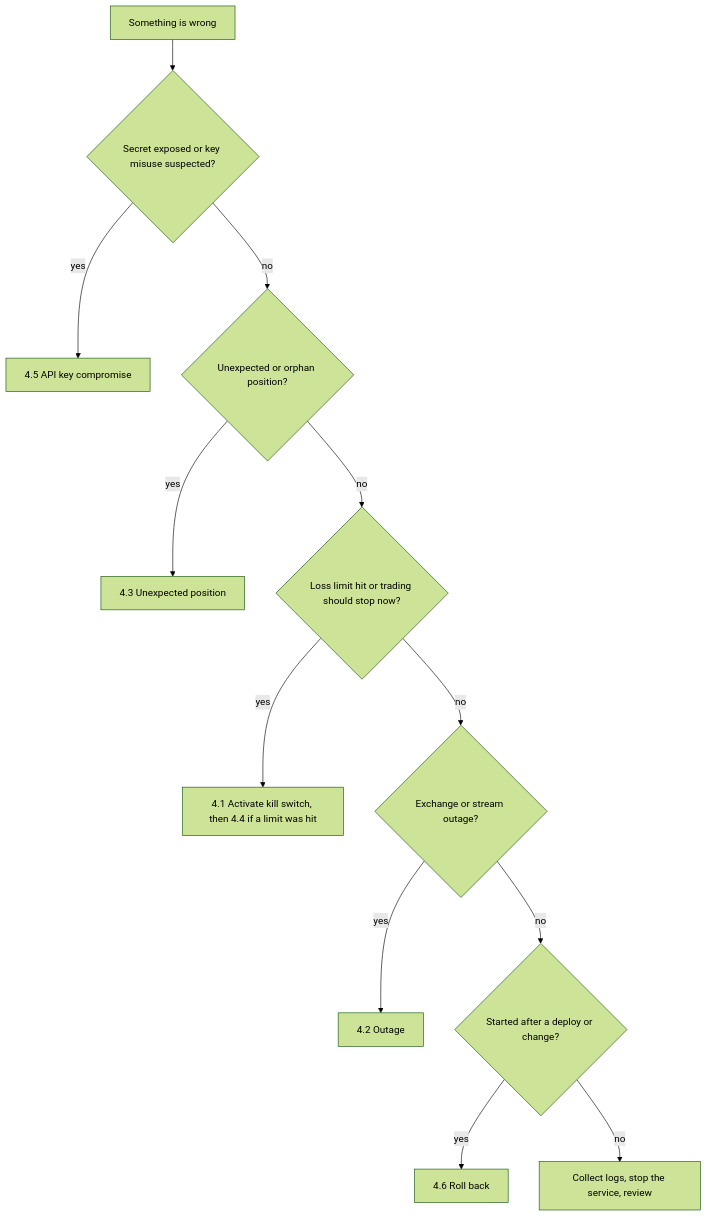
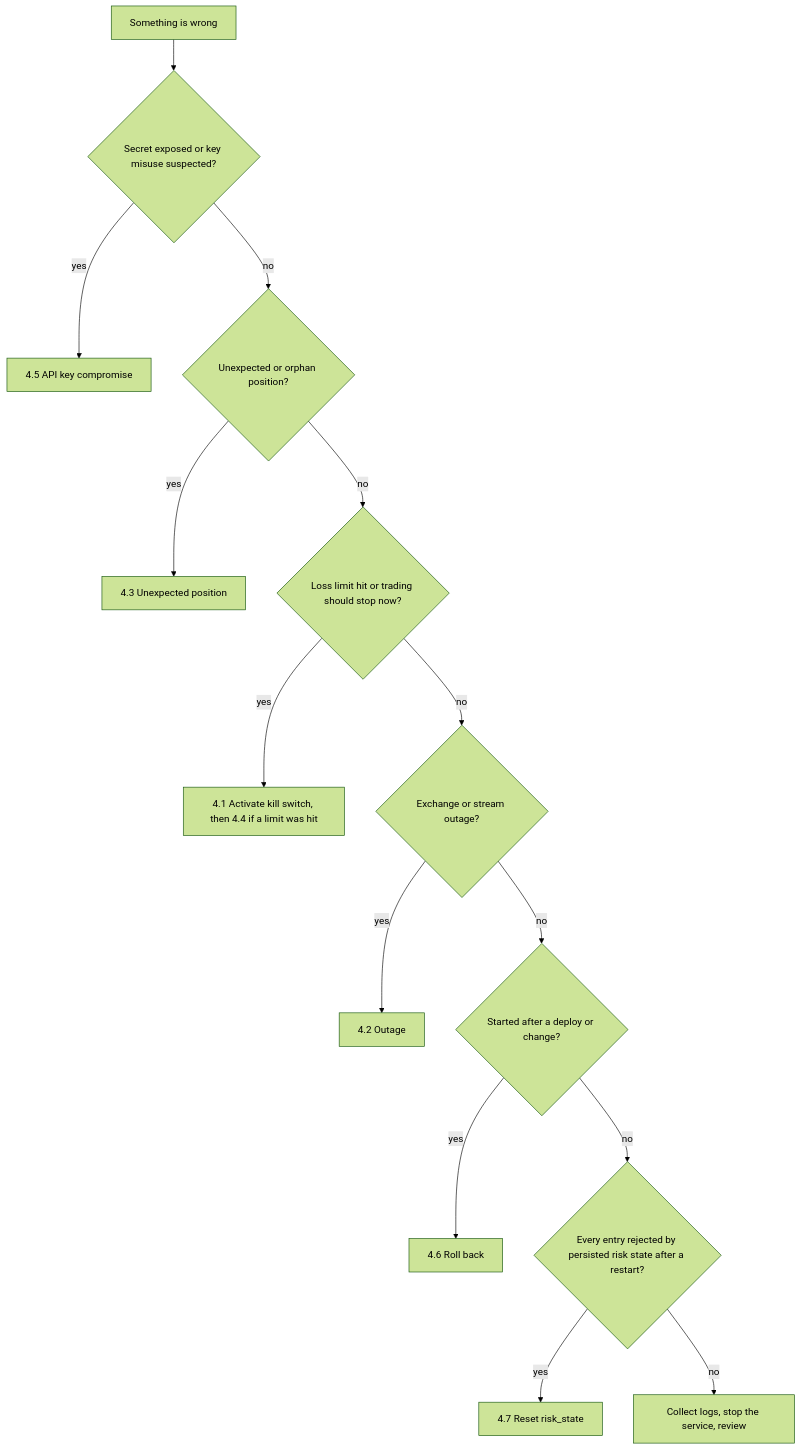
Before and after one commit to ceezey/SILVR: the diagram in docs/ops-silverbot.md, drawn with Mermaid (forest theme). The commit also changed other lines of this file and 27 other files, not shown here.

````diff
--- a/docs/ops-silverbot.md
+++ b/docs/ops-silverbot.md
@@ -119,14 +119,16 @@
 ```mermaid
 flowchart TD
     A["Something is wrong"] --> B{"Secret exposed or key misuse suspected?"}
     B -- "yes" --> C["4.5 API key compromise"]
     B -- "no" --> D{"Unexpected or orphan position?"}
     D -- "yes" --> E["4.3 Unexpected position"]
     D -- "no" --> F{"Loss limit hit or trading should stop now?"}
     F -- "yes" --> G["4.1 Activate kill switch, then 4.4 if a limit was hit"]
     F -- "no" --> H{"Exchange or stream outage?"}
     H -- "yes" --> I["4.2 Outage"]
     H -- "no" --> J{"Started after a deploy or change?"}
     J -- "yes" --> K["4.6 Roll back"]
-    J -- "no" --> L["Collect logs, stop the service, review"]
+    J -- "no" --> M{"Every entry rejected by persisted risk state after a restart?"}
+    M -- "yes" --> N["4.7 Reset risk_state"]
+    M -- "no" --> L["Collect logs, stop the service, review"]
 ```
````
